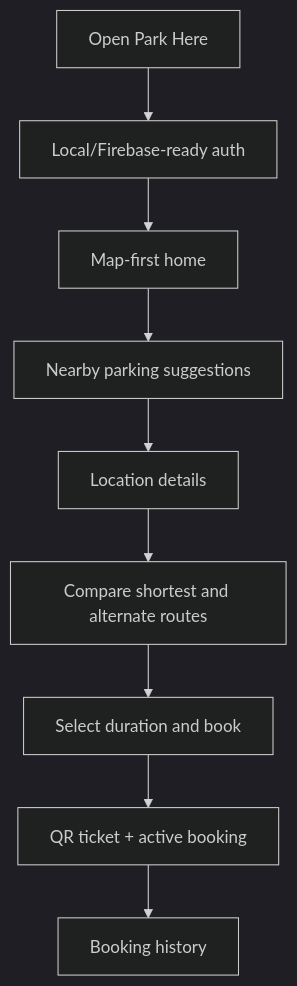
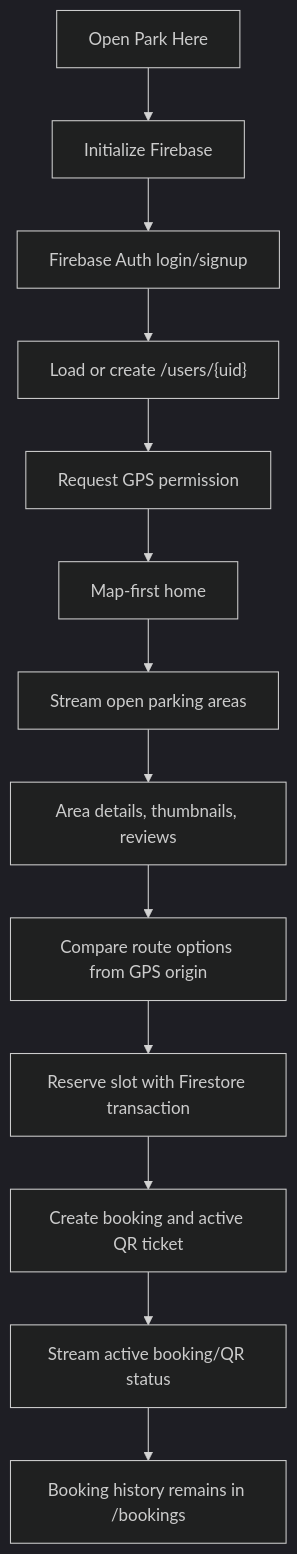
The second of 10 diagrams in docs/ARCHITECTURE.md (snehil-pandey/smart-parking-occupancy-system), drawn with Mermaid (dark theme) before and after one commit. The commit also changed other lines of this file and 5 other files, not shown here.

Commit message:
docs(firebase): update setup and runtime data flow

````diff
--- a/docs/ARCHITECTURE.md
+++ b/docs/ARCHITECTURE.md
@@ -21,11 +25,15 @@
 ```mermaid
 flowchart TD
-  Start["Open Park Here"] --> Auth["Local/Firebase-ready auth"]
-  Auth --> Home["Map-first home"]
-  Home --> Discover["Nearby parking suggestions"]
-  Discover --> Details["Location details"]
-  Details --> Route["Compare shortest and alternate routes"]
-  Route --> Book["Select duration and book"]
-  Book --> Ticket["QR ticket + active booking"]
-  Ticket --> History["Booking history"]
+  Start["Open Park Here"] --> Init["Initialize Firebase"]
+  Init --> Auth["Firebase Auth login/signup"]
+  Auth --> Profile["Load or create /users/{uid}"]
+  Profile --> GPS["Request GPS permission"]
+  GPS --> Home["Map-first home"]
+  Home --> Areas["Stream open parking areas"]
+  Areas --> Details["Area details, thumbnails, reviews"]
+  Details --> Route["Compare route options from GPS origin"]
+  Route --> Book["Reserve slot with Firestore transaction"]
+  Book --> QR["Create booking and active QR ticket"]
+  QR --> Status["Stream active booking/QR status"]
+  Status --> History["Booking history remains in /bookings"]
 ```
````
